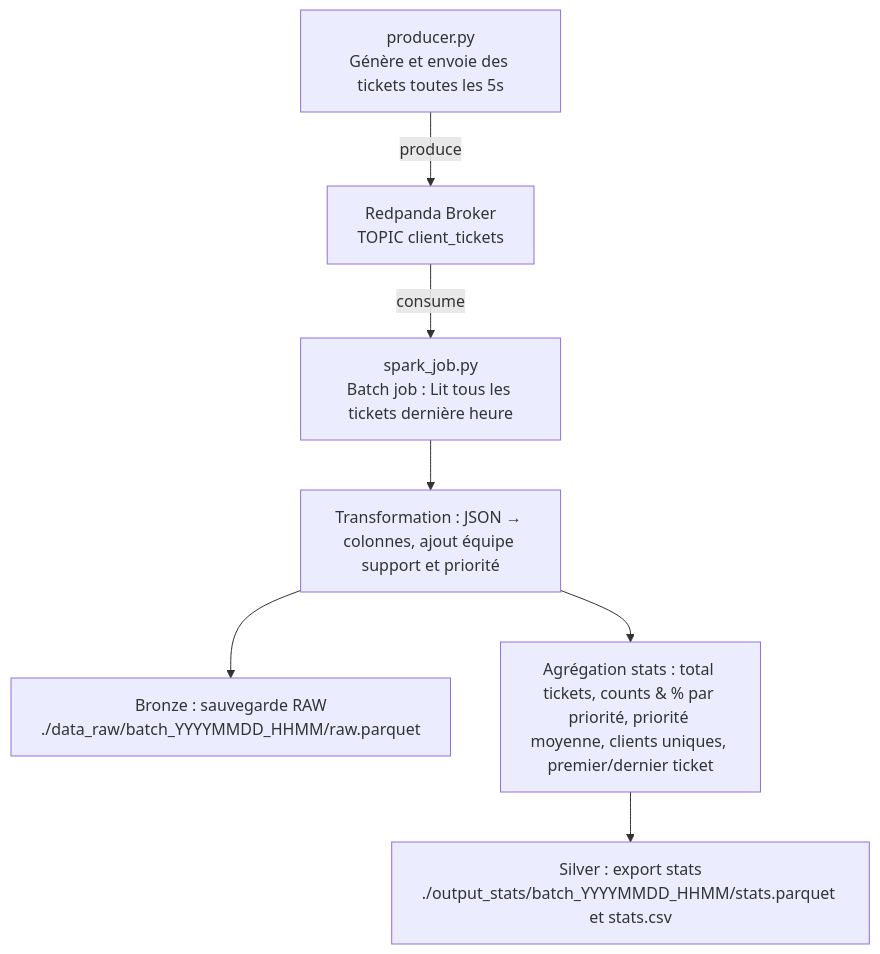
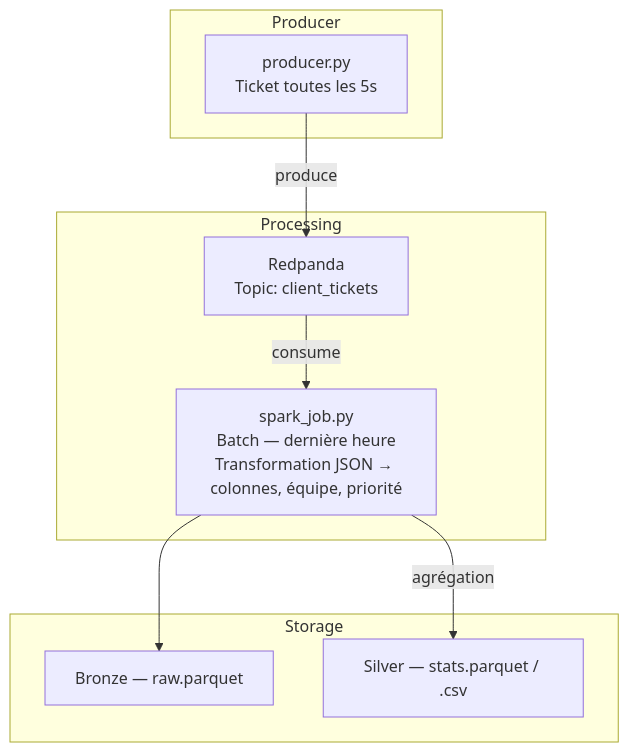
One commit to Solisdata/ocr_projet9_infra_hybride_cloud changed the diagram in README.md. Above: the diagram before and after it, drawn with Mermaid. The commit also changed other lines of this file, not shown here.

````diff
--- a/README.md
+++ b/README.md
@@ -52,9 +48,21 @@
 ```mermaid
 flowchart TD
-    A[producer.py<br>Génère et envoie des tickets toutes les 5s] -->|produce| B[Redpanda Broker<br>TOPIC client_tickets]
-    B -->|consume| C[spark_job.py<br>Batch job : Lit tous les tickets dernière heure]
-    C --> D[Transformation : JSON → colonnes, ajout équipe support et priorité]
-    D --> E[Bronze : sauvegarde RAW<br>./data_raw/batch_YYYYMMDD_HHMM/raw.parquet]
-    D --> F[Agrégation stats : total tickets, counts & % par priorité, priorité moyenne, clients uniques, premier/dernier ticket]
-    F --> G[Silver : export stats<br>./output_stats/batch_YYYYMMDD_HHMM/stats.parquet et stats.csv]
+    subgraph Producer
+        A[producer.py<br/>Ticket toutes les 5s]
+    end
+
+    subgraph Processing
+        B[Redpanda<br/>Topic: client_tickets]
+        C[spark_job.py<br/>Batch — dernière heure<br/>Transformation JSON → colonnes, équipe, priorité]
+    end
+
+    subgraph Storage
+        E[Bronze — raw.parquet]
+        F[Silver — stats.parquet / .csv]
+    end
+
+    A -->|produce| B
+    B -->|consume| C
+    C --> E
+    C -->|agrégation| F
 ```
````
